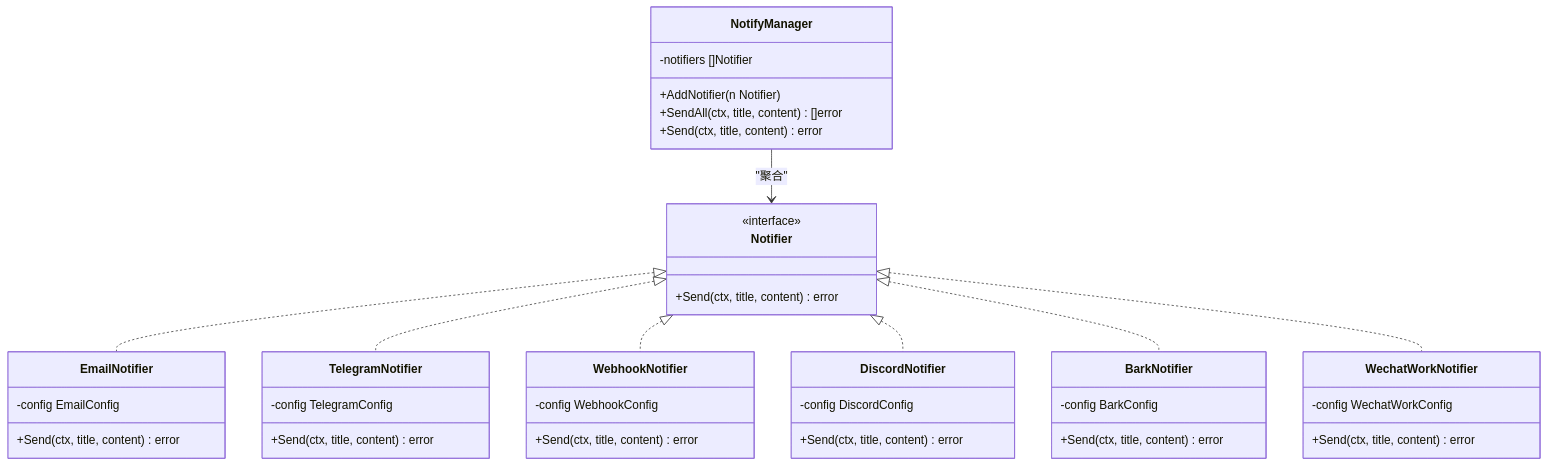
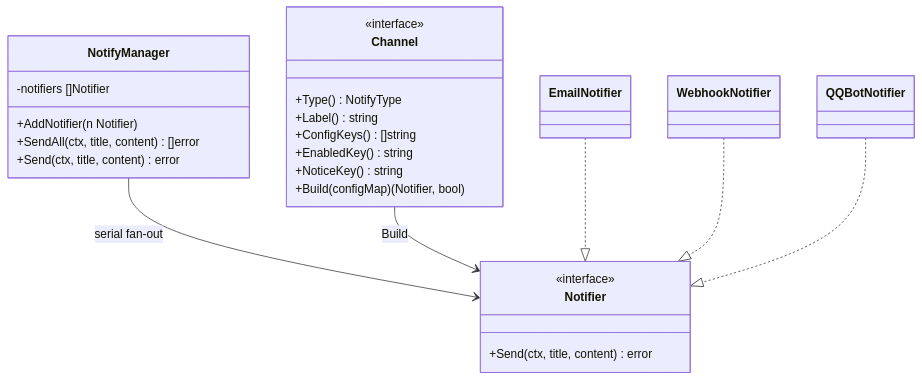
One commit to x01n/dnsplane changed the second of 7 diagrams in docs/监控告警系统/通知系统.md. Above: the diagram before and after it, drawn with Mermaid. The commit also changed other lines of this file and 326 other files, not shown here.

````diff
--- a/docs/监控告警系统/通知系统.md
+++ b/docs/监控告警系统/通知系统.md
@@ -140,44 +124,30 @@
 ```mermaid
 classDiagram
-class Notifier {
-<<interface>>
-+Send(ctx, title, content) error
-}
-class NotifyManager {
--notifiers []Notifier
-+AddNotifier(n Notifier)
-+SendAll(ctx, title, content) []error
-+Send(ctx, title, content) error
-}
-class EmailNotifier {
--config EmailConfig
-+Send(ctx, title, content) error
-}
-class TelegramNotifier {
--config TelegramConfig
-+Send(ctx, title, content) error
-}
-class WebhookNotifier {
--config WebhookConfig
-+Send(ctx, title, content) error
-}
-class DiscordNotifier {
--config DiscordConfig
-+Send(ctx, title, content) error
-}
-class BarkNotifier {
--config BarkConfig
-+Send(ctx, title, content) error
-}
-class WechatWorkNotifier {
--config WechatWorkConfig
-+Send(ctx, title, content) error
-}
-Notifier <|.. EmailNotifier
-Notifier <|.. TelegramNotifier
-Notifier <|.. WebhookNotifier
-Notifier <|.. DiscordNotifier
-Notifier <|.. BarkNotifier
-Notifier <|.. WechatWorkNotifier
-NotifyManager --> Notifier : "聚合"
+    class Notifier {
+        <<interface>>
+        +Send(ctx, title, content) error
+    }
+    class Channel {
+        <<interface>>
+        +Type() NotifyType
+        +Label() string
+        +ConfigKeys() []string
+        +EnabledKey() string
+        +NoticeKey() string
+        +Build(configMap) (Notifier, bool)
+    }
+    class NotifyManager {
+        -notifiers []Notifier
+        +AddNotifier(n Notifier)
+        +SendAll(ctx, title, content) []error
+        +Send(ctx, title, content) error
+    }
+    class EmailNotifier
+    class WebhookNotifier
+    class QQBotNotifier
+    NotifyManager --> Notifier : serial fan-out
+    Channel --> Notifier : Build
+    EmailNotifier ..|> Notifier
+    WebhookNotifier ..|> Notifier
+    QQBotNotifier ..|> Notifier
 ```
````
